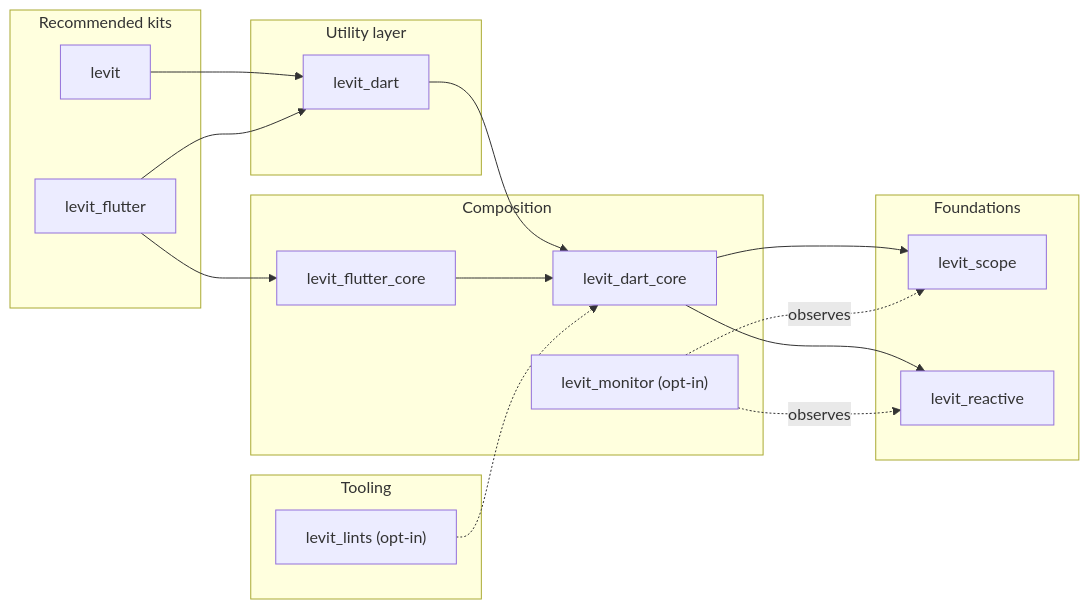
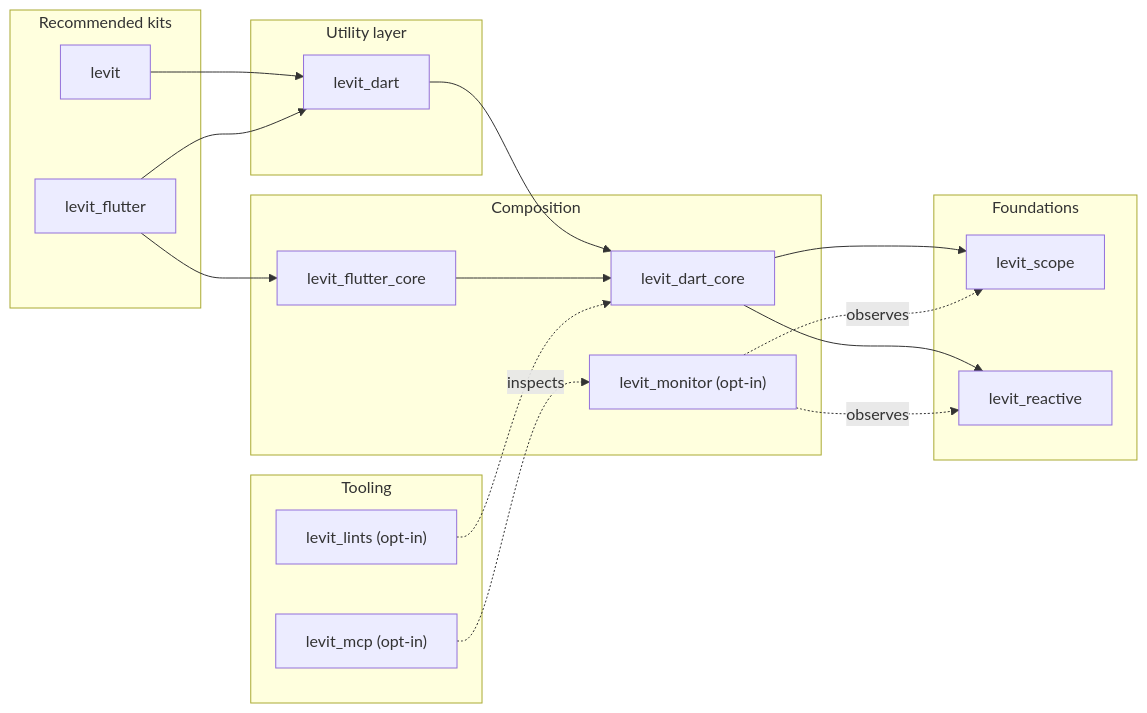
The diagram in README.md (atoumbre/levit), drawn with Mermaid before and after one commit. The commit also changed other lines of this file and 23 other files, not shown here.

````diff
--- a/README.md
+++ b/README.md
@@ -155,37 +157,39 @@
 ```mermaid
 flowchart LR
   subgraph Recommended kits
     K1[levit]
     K2[levit_flutter]
   end
 
   subgraph Utility layer
     U1[levit_dart]
   end
 
   subgraph Composition
     C1[levit_dart_core]
     C2[levit_flutter_core]
     C3["levit_monitor (opt-in)"]
   end
 
   subgraph Foundations
     F1[levit_scope]
     F2[levit_reactive]
   end
 
   subgraph Tooling
     T1["levit_lints (opt-in)"]
+    T2["levit_mcp (opt-in)"]
   end
 
   K1 --> U1
   K2 --> C2
   K2 --> U1
   U1 --> C1
   C2 --> C1
   C1 --> F1
   C1 --> F2
   C3 -.observes.-> F1
   C3 -.observes.-> F2
   T1 -.-> C1
+  T2 -.inspects.-> C3
 ```
````
